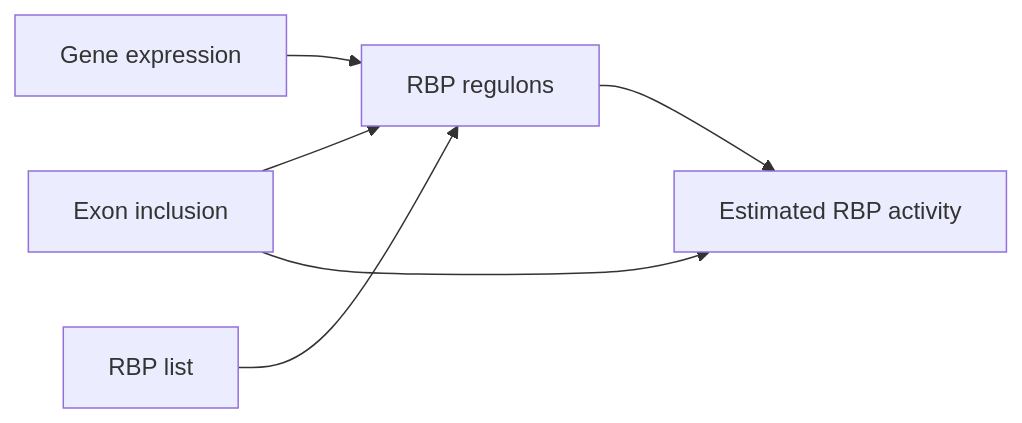
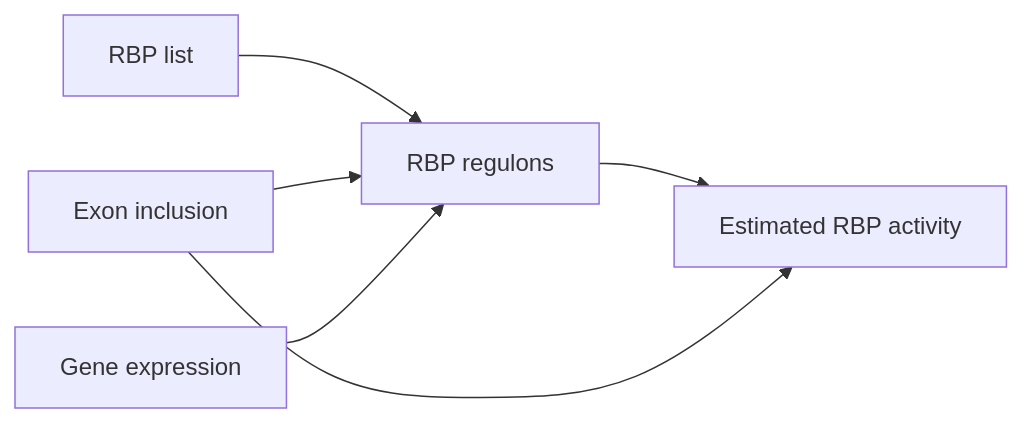
Before and after one commit to chaolinzhanglab/mras: the second of 2 diagrams in README.md, drawn with Mermaid. The commit also changed other lines of this file, not shown here.

````diff
--- a/README.md
+++ b/README.md
@@ -89,15 +89,15 @@
 ```mermaid
 graph LR
     E[Exon inclusion]
     F[Gene expression]
     G[RBP list]
     H[RBP regulons]
     I[Estimated RBP activity]
 
+    G --> H
     E --> H
     F --> H
-    G --> H
     H --> I
     E --> I
 
 ```
````
